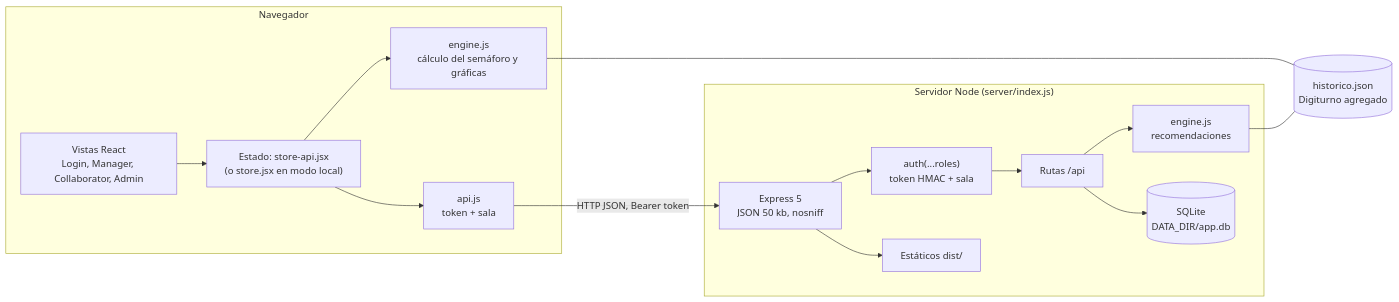
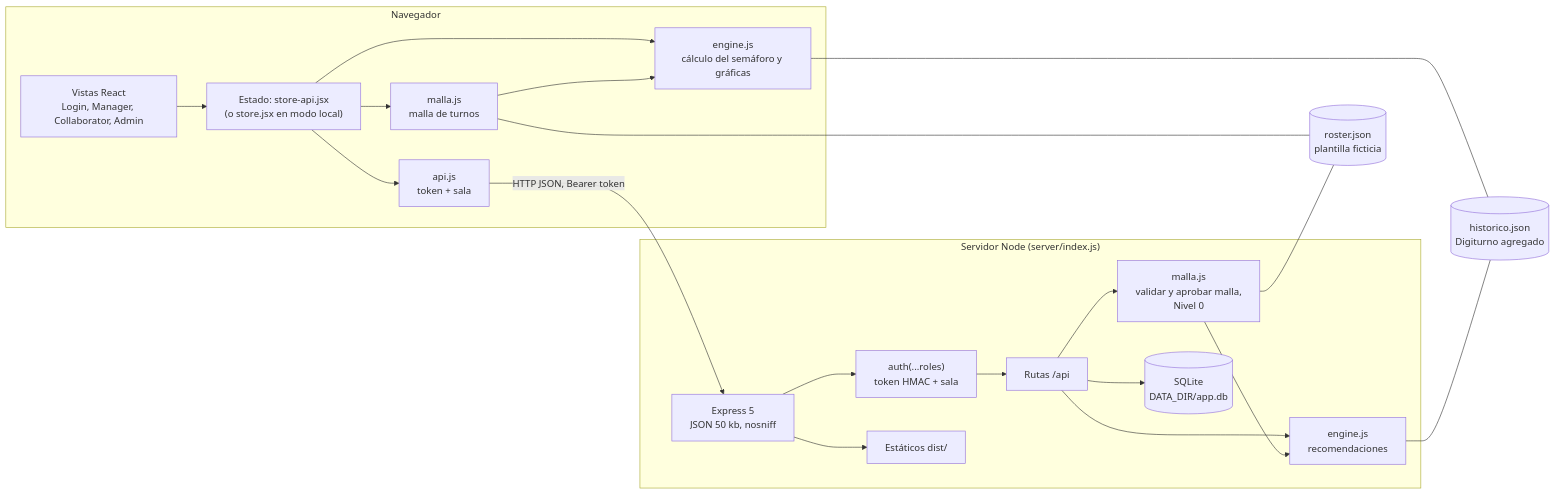
The first of 2 diagrams in docs/arquitectura.md (averbel/surtigas-turnos), drawn with Mermaid before and after one commit. The commit also changed other lines of this file and 13 other files, not shown here.

````diff
--- a/docs/arquitectura.md
+++ b/docs/arquitectura.md
@@ -18,28 +18,37 @@
 ```mermaid
 flowchart LR
   subgraph Navegador
     UI["Vistas React<br/>Login, Manager, Collaborator, Admin"]
     ST["Estado: store-api.jsx<br/>(o store.jsx en modo local)"]
     EN1["engine.js<br/>cálculo del semáforo y gráficas"]
+    MG1["malla.js<br/>malla de turnos"]
     CL["api.js<br/>token + sala"]
     UI --> ST
     ST --> EN1
+    ST --> MG1
+    MG1 --> EN1
     ST --> CL
   end
   subgraph Servidor["Servidor Node (server/index.js)"]
     MW["Express 5<br/>JSON 50 kb, nosniff"]
     AU["auth(...roles)<br/>token HMAC + sala"]
     RT["Rutas /api"]
     EN2["engine.js<br/>recomendaciones"]
+    MG2["malla.js<br/>validar y aprobar malla,<br/>Nivel 0"]
     DB[("SQLite<br/>DATA_DIR/app.db")]
     ST2["Estáticos dist/"]
     MW --> AU --> RT
     RT --> EN2
+    RT --> MG2
+    MG2 --> EN2
     RT --> DB
     MW --> ST2
   end
   H[("historico.json<br/>Digiturno agregado")]
+  RO[("roster.json<br/>plantilla ficticia")]
   EN1 --- H
   EN2 --- H
+  MG1 --- RO
+  MG2 --- RO
   CL -- "HTTP JSON, Bearer token" --> MW
 ```
````
